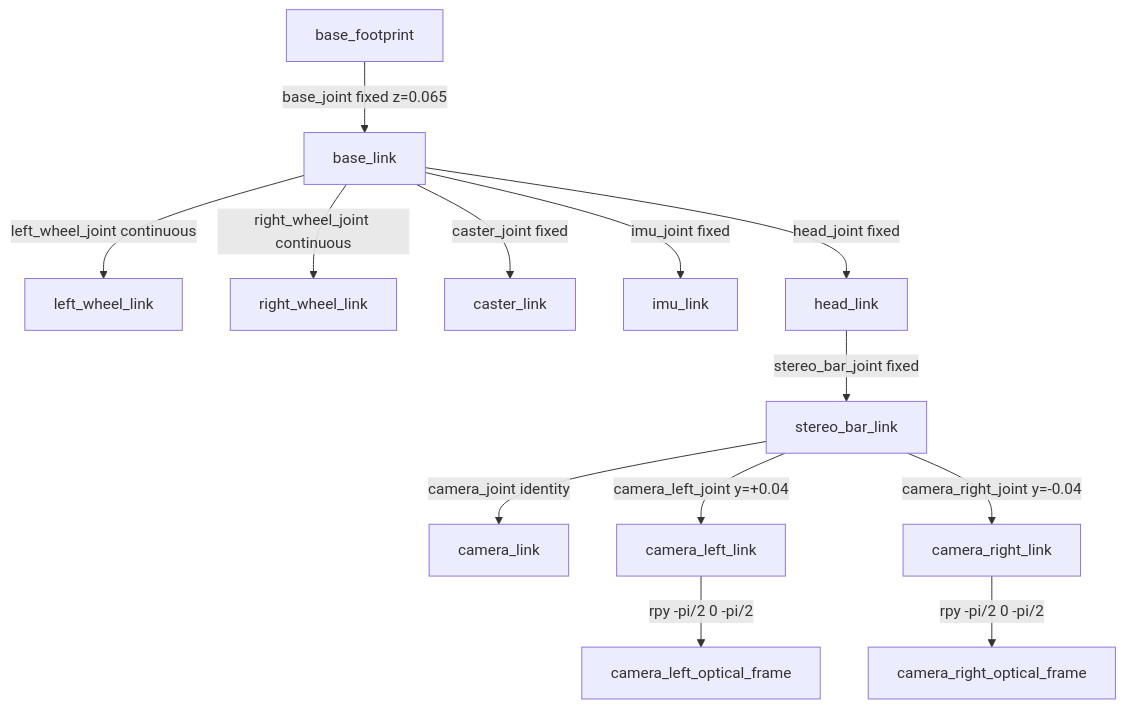
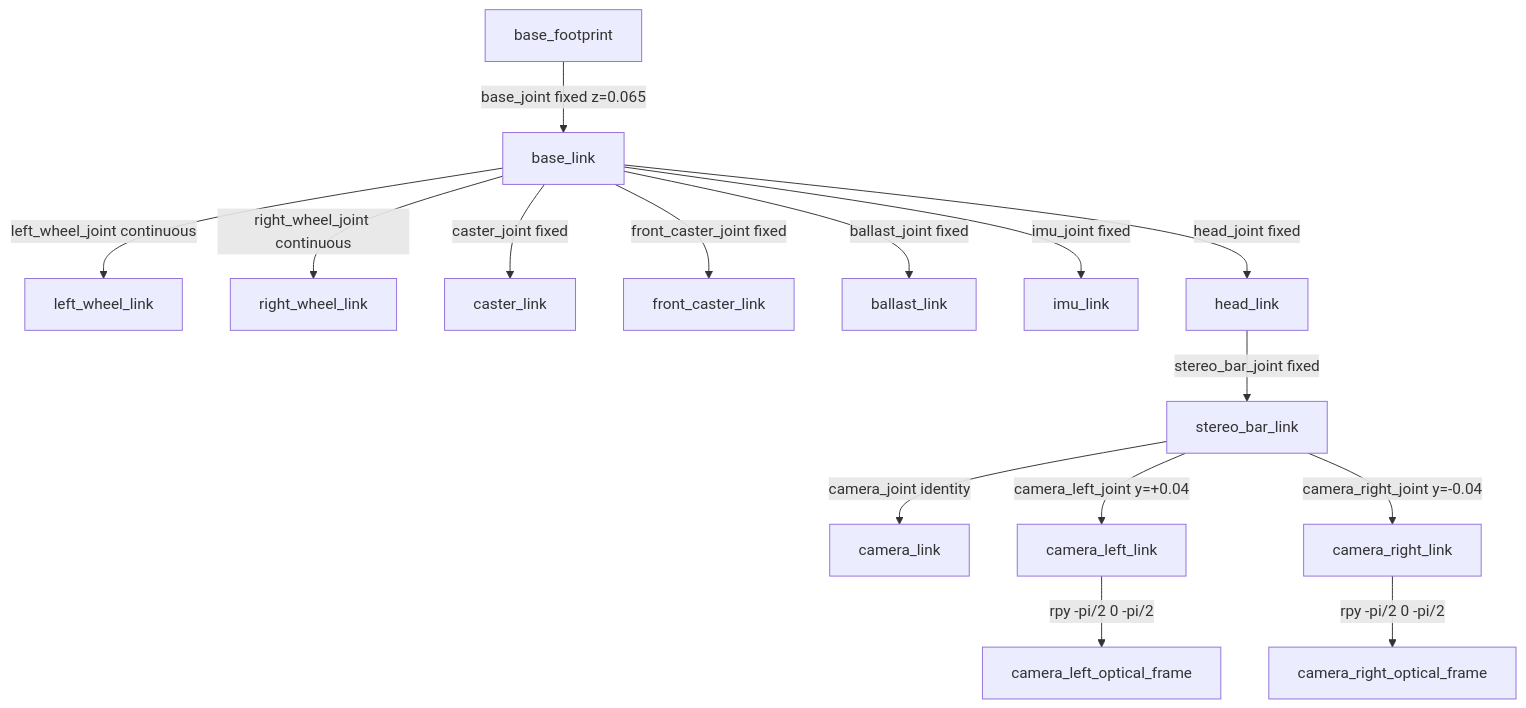
One commit to kunalchandmare/robot_ros_slam changed the diagram in src/stereo_eye/README.md. Above: the diagram before and after it, drawn with Mermaid. The commit also changed other lines of this file and 4 other files, not shown here.

````diff
--- a/src/stereo_eye/README.md
+++ b/src/stereo_eye/README.md
@@ -45,15 +46,17 @@
 ```mermaid
 graph TD
   BF[base_footprint] -->|base_joint fixed z=0.065| BL[base_link]
   BL -->|left_wheel_joint continuous| LW[left_wheel_link]
   BL -->|right_wheel_joint continuous| RW[right_wheel_link]
   BL -->|caster_joint fixed| CA[caster_link]
+  BL -->|front_caster_joint fixed| FC[front_caster_link]
+  BL -->|ballast_joint fixed| BA[ballast_link]
   BL -->|imu_joint fixed| IMU[imu_link]
   BL -->|head_joint fixed| HD[head_link]
   HD -->|stereo_bar_joint fixed| BAR[stereo_bar_link]
   BAR -->|camera_joint identity| CAM[camera_link]
   BAR -->|camera_left_joint y=+0.04| CL[camera_left_link]
   BAR -->|camera_right_joint y=-0.04| CR[camera_right_link]
   CL -->|rpy -pi/2 0 -pi/2| CLO[camera_left_optical_frame]
   CR -->|rpy -pi/2 0 -pi/2| CRO[camera_right_optical_frame]
 ```
````
